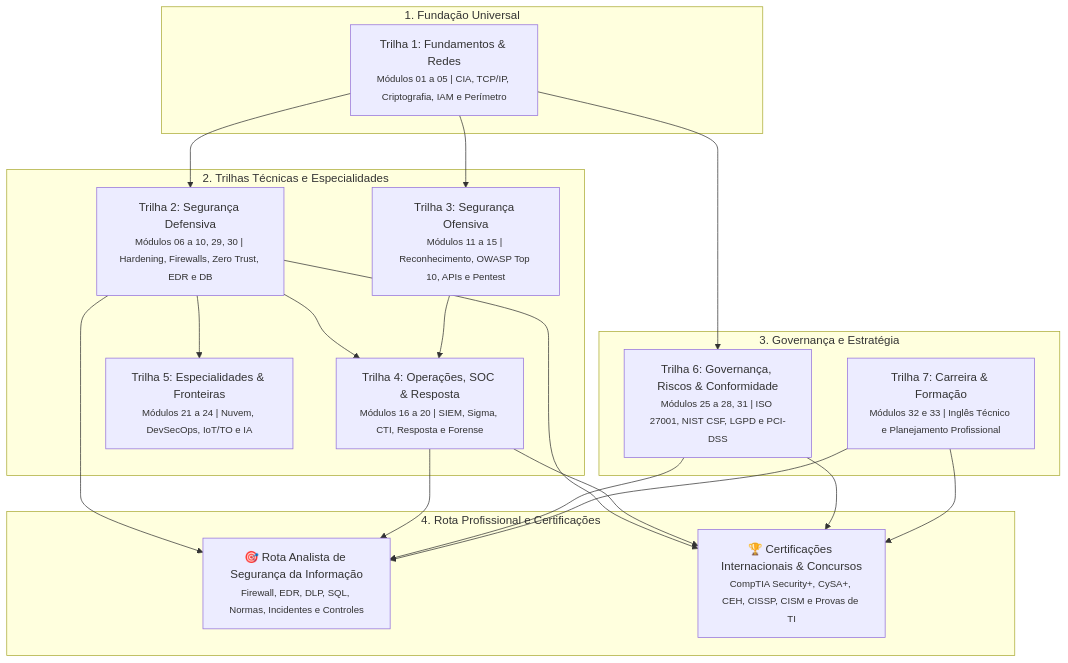
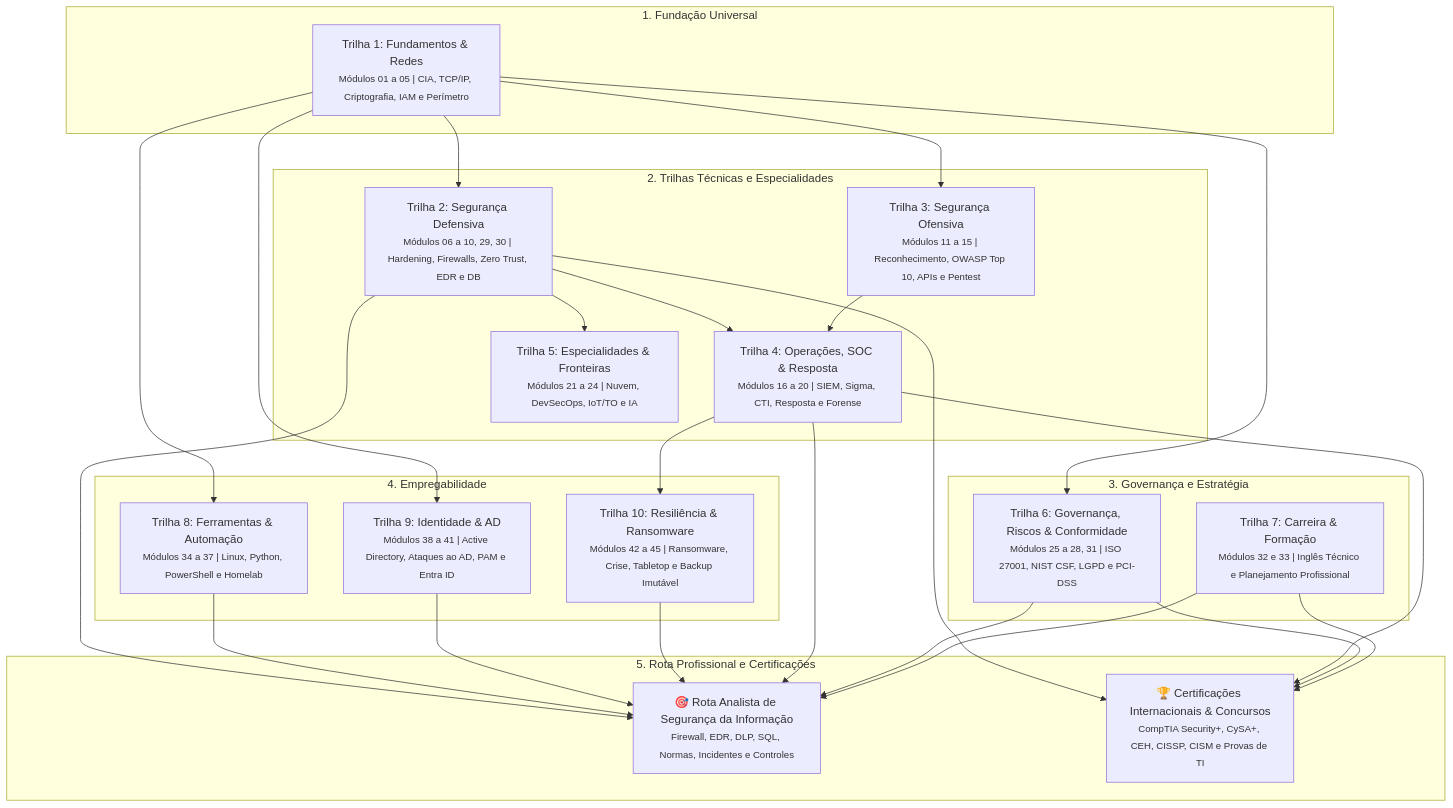
One commit to josemauromani/estudos-cyberseguranca changed the first of 2 diagrams in README.md. Above: the diagram before and after it, drawn with Mermaid. The commit also changed other lines of this file and 15 other files, not shown here.

````diff
--- a/README.md
+++ b/README.md
@@ -50,41 +50,54 @@
 ```mermaid
 flowchart TD
     subgraph Fundacao["1. Fundação Universal"]
         T1["Trilha 1: Fundamentos & Redes<br><small>Módulos 01 a 05 | CIA, TCP/IP, Criptografia, IAM e Perímetro</small>"]
     end
 
     subgraph Tecnicas["2. Trilhas Técnicas e Especialidades"]
         T2["Trilha 2: Segurança Defensiva<br><small>Módulos 06 a 10, 29, 30 | Hardening, Firewalls, Zero Trust, EDR e DB</small>"]
         T3["Trilha 3: Segurança Ofensiva<br><small>Módulos 11 a 15 | Reconhecimento, OWASP Top 10, APIs e Pentest</small>"]
         T4["Trilha 4: Operações, SOC & Resposta<br><small>Módulos 16 a 20 | SIEM, Sigma, CTI, Resposta e Forense</small>"]
         T5["Trilha 5: Especialidades & Fronteiras<br><small>Módulos 21 a 24 | Nuvem, DevSecOps, IoT/TO e IA</small>"]
     end
 
     subgraph Governanca["3. Governança e Estratégia"]
         T6["Trilha 6: Governança, Riscos & Conformidade<br><small>Módulos 25 a 28, 31 | ISO 27001, NIST CSF, LGPD e PCI-DSS</small>"]
         T7["Trilha 7: Carreira & Formação<br><small>Módulos 32 e 33 | Inglês Técnico e Planejamento Profissional</small>"]
     end
 
-    subgraph Conexoes["4. Rota Profissional e Certificações"]
+    subgraph Empregabilidade["4. Empregabilidade"]
+        T8["Trilha 8: Ferramentas & Automação<br><small>Módulos 34 a 37 | Linux, Python, PowerShell e Homelab</small>"]
+        T9["Trilha 9: Identidade & AD<br><small>Módulos 38 a 41 | Active Directory, Ataques ao AD, PAM e Entra ID</small>"]
+        T10["Trilha 10: Resiliência & Ransomware<br><small>Módulos 42 a 45 | Ransomware, Crise, Tabletop e Backup Imutável</small>"]
+    end
+
+    subgraph Conexoes["5. Rota Profissional e Certificações"]
         ROTA["🎯 Rota Analista de Segurança da Informação<br><small>Firewall, EDR, DLP, SQL, Normas, Incidentes e Controles</small>"]
         CERTS["🏆 Certificações Internacionais & Concursos<br><small>CompTIA Security+, CySA+, CEH, CISSP, CISM e Provas de TI</small>"]
     end
 
     T1 --> T2
     T1 --> T3
     T1 --> T6
 
     T2 --> T4
     T3 --> T4
     T2 --> T5
 
+    T1 --> T8
+    T1 --> T9
+    T4 --> T10
+
     T2 --> ROTA
+    T8 --> ROTA
+    T9 --> ROTA
+    T10 --> ROTA
     T4 --> ROTA
     T6 --> ROTA
     T7 --> ROTA
 
     T2 --> CERTS
     T4 --> CERTS
     T6 --> CERTS
     T7 --> CERTS
 ```
````
